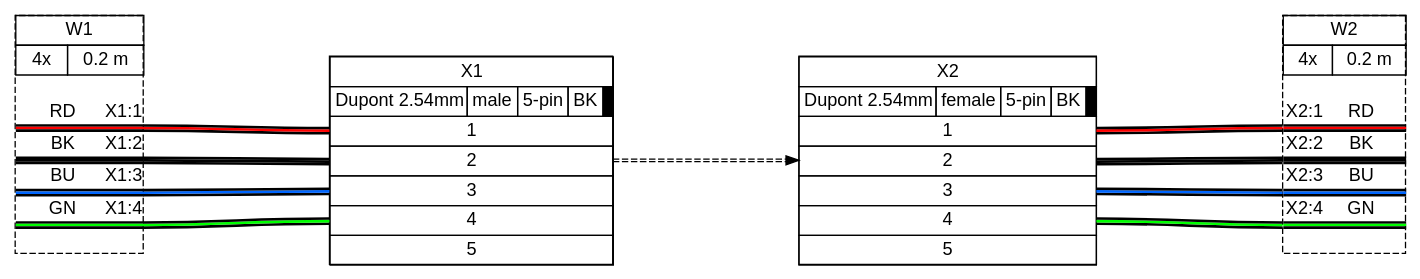
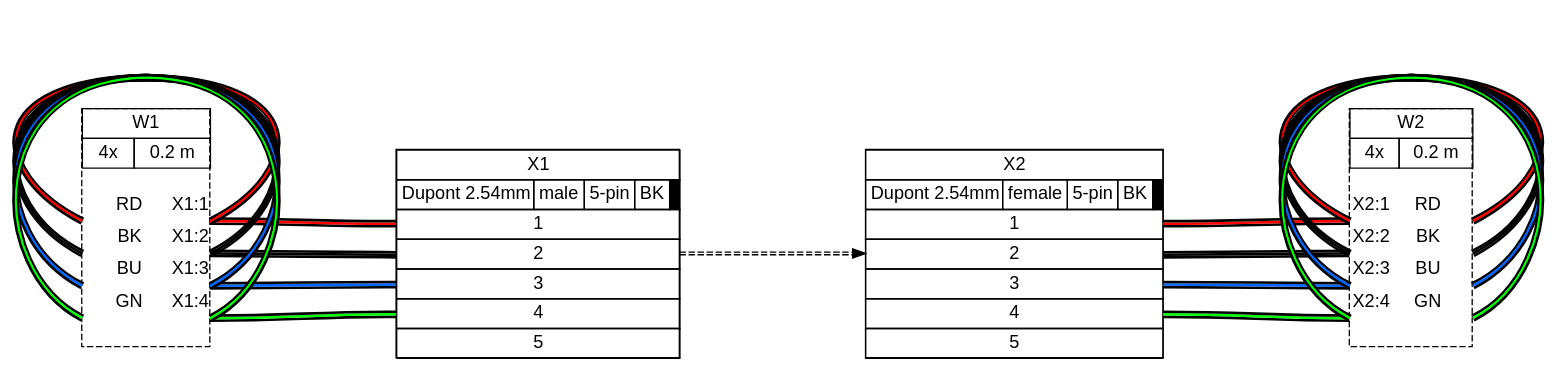
The diagram in examples/ex12.gv (wireviz/WireViz), drawn with Graphviz before and after one commit. The commit also changed 104 other files, not shown here.

```diff
--- a/examples/ex12.gv
+++ b/examples/ex12.gv
@@ -1,9 +1,10 @@
 graph {
-// Graph generated by WireViz 0.4
+// Graph generated by WireViz 0.5-dev
 // https://github.com/formatc1702/WireViz
 	graph [bgcolor="#FFFFFF" fontname=arial nodesep=0.33 rankdir=LR ranksep=2]
 	node [fillcolor="#FFFFFF" fontname=arial height=0 margin=0 shape=none style=filled width=0]
 	edge [fontname=arial style=bold]
+	edge [headclip=true style=bold tailclip=true]
 	X1 [label=<
 <table border="0" cellspacing="0" cellpadding="0">
  <tr><td>
@@ -41,6 +42,7 @@
  </td></tr>
 </table>
 > fillcolor="#FFFFFF" shape=box style=filled]
+	edge [headclip=true style=bold tailclip=true]
 	X2 [label=<
 <table border="0" cellspacing="0" cellpadding="0">
  <tr><td>
@@ -80,12 +82,16 @@
 > fillcolor="#FFFFFF" shape=box style=filled]
 	edge [color="#000000:#ff0000:#000000"]
 	W1:w1:e -- X1:p1l:w
+	W1:w1:w -- W1:w1:e [straight=straight]
 	edge [color="#000000:#000000:#000000"]
 	W1:w2:e -- X1:p2l:w
+	W1:w2:w -- W1:w2:e [straight=straight]
 	edge [color="#000000:#0066ff:#000000"]
 	W1:w3:e -- X1:p3l:w
+	W1:w3:w -- W1:w3:e [straight=straight]
 	edge [color="#000000:#00ff00:#000000"]
 	W1:w4:e -- X1:p4l:w
+	W1:w4:w -- W1:w4:e [straight=straight]
 	W1 [label=<
 <table border="0" cellspacing="0" cellpadding="0">
  <tr><td>
@@ -112,9 +118,7 @@
    <tr>
     <td colspan="3" border="0" cellspacing="0" cellpadding="0" port="w1" height="6">
      <table cellspacing="0" cellborder="0" border="0">
-      <tr><td colspan="3" cellpadding="0" height="2" bgcolor="#000000" border="0"></td></tr>
-      <tr><td colspan="3" cellpadding="0" height="2" bgcolor="#ff0000" border="0"></td></tr>
-      <tr><td colspan="3" cellpadding="0" height="2" bgcolor="#000000" border="0"></td></tr>
+    <tr><td colspan="3" cellpadding="0" height="6" border="0"></td></tr>
      </table>
     </td>
    </tr>
@@ -128,9 +132,7 @@
    <tr>
     <td colspan="3" border="0" cellspacing="0" cellpadding="0" port="w2" height="6">
      <table cellspacing="0" cellborder="0" border="0">
-      <tr><td colspan="3" cellpadding="0" height="2" bgcolor="#000000" border="0"></td></tr>
-      <tr><td colspan="3" cellpadding="0" height="2" bgcolor="#000000" border="0"></td></tr>
-      <tr><td colspan="3" cellpadding="0" height="2" bgcolor="#000000" border="0"></td></tr>
+    <tr><td colspan="3" cellpadding="0" height="6" border="0"></td></tr>
      </table>
     </td>
    </tr>
@@ -144,9 +146,7 @@
    <tr>
     <td colspan="3" border="0" cellspacing="0" cellpadding="0" port="w3" height="6">
      <table cellspacing="0" cellborder="0" border="0">
-      <tr><td colspan="3" cellpadding="0" height="2" bgcolor="#000000" border="0"></td></tr>
-      <tr><td colspan="3" cellpadding="0" height="2" bgcolor="#0066ff" border="0"></td></tr>
-      <tr><td colspan="3" cellpadding="0" height="2" bgcolor="#000000" border="0"></td></tr>
+    <tr><td colspan="3" cellpadding="0" height="6" border="0"></td></tr>
      </table>
     </td>
    </tr>
@@ -160,9 +160,7 @@
    <tr>
     <td colspan="3" border="0" cellspacing="0" cellpadding="0" port="w4" height="6">
      <table cellspacing="0" cellborder="0" border="0">
-      <tr><td colspan="3" cellpadding="0" height="2" bgcolor="#000000" border="0"></td></tr>
-      <tr><td colspan="3" cellpadding="0" height="2" bgcolor="#00ff00" border="0"></td></tr>
-      <tr><td colspan="3" cellpadding="0" height="2" bgcolor="#000000" border="0"></td></tr>
+    <tr><td colspan="3" cellpadding="0" height="6" border="0"></td></tr>
      </table>
     </td>
    </tr>
@@ -173,12 +171,16 @@
 > fillcolor="#FFFFFF" shape=box style="filled,dashed"]
 	edge [color="#000000:#ff0000:#000000"]
 	X2:p1r:e -- W2:w1:w
+	W2:w1:w -- W2:w1:e [straight=straight]
 	edge [color="#000000:#000000:#000000"]
 	X2:p2r:e -- W2:w2:w
+	W2:w2:w -- W2:w2:e [straight=straight]
 	edge [color="#000000:#0066ff:#000000"]
 	X2:p3r:e -- W2:w3:w
+	W2:w3:w -- W2:w3:e [straight=straight]
 	edge [color="#000000:#00ff00:#000000"]
 	X2:p4r:e -- W2:w4:w
+	W2:w4:w -- W2:w4:e [straight=straight]
 	W2 [label=<
 <table border="0" cellspacing="0" cellpadding="0">
  <tr><td>
@@ -205,9 +207,7 @@
    <tr>
     <td colspan="3" border="0" cellspacing="0" cellpadding="0" port="w1" height="6">
      <table cellspacing="0" cellborder="0" border="0">
-      <tr><td colspan="3" cellpadding="0" height="2" bgcolor="#000000" border="0"></td></tr>
-      <tr><td colspan="3" cellpadding="0" height="2" bgcolor="#ff0000" border="0"></td></tr>
-      <tr><td colspan="3" cellpadding="0" height="2" bgcolor="#000000" border="0"></td></tr>
+    <tr><td colspan="3" cellpadding="0" height="6" border="0"></td></tr>
      </table>
     </td>
    </tr>
@@ -221,9 +221,7 @@
    <tr>
     <td colspan="3" border="0" cellspacing="0" cellpadding="0" port="w2" height="6">
      <table cellspacing="0" cellborder="0" border="0">
-      <tr><td colspan="3" cellpadding="0" height="2" bgcolor="#000000" border="0"></td></tr>
-      <tr><td colspan="3" cellpadding="0" height="2" bgcolor="#000000" border="0"></td></tr>
-      <tr><td colspan="3" cellpadding="0" height="2" bgcolor="#000000" border="0"></td></tr>
+    <tr><td colspan="3" cellpadding="0" height="6" border="0"></td></tr>
      </table>
     </td>
    </tr>
@@ -237,9 +235,7 @@
    <tr>
     <td colspan="3" border="0" cellspacing="0" cellpadding="0" port="w3" height="6">
      <table cellspacing="0" cellborder="0" border="0">
-      <tr><td colspan="3" cellpadding="0" height="2" bgcolor="#000000" border="0"></td></tr>
-      <tr><td colspan="3" cellpadding="0" height="2" bgcolor="#0066ff" border="0"></td></tr>
-      <tr><td colspan="3" cellpadding="0" height="2" bgcolor="#000000" border="0"></td></tr>
+    <tr><td colspan="3" cellpadding="0" height="6" border="0"></td></tr>
      </table>
     </td>
    </tr>
@@ -253,9 +249,7 @@
    <tr>
     <td colspan="3" border="0" cellspacing="0" cellpadding="0" port="w4" height="6">
      <table cellspacing="0" cellborder="0" border="0">
-      <tr><td colspan="3" cellpadding="0" height="2" bgcolor="#000000" border="0"></td></tr>
-      <tr><td colspan="3" cellpadding="0" height="2" bgcolor="#00ff00" border="0"></td></tr>
-      <tr><td colspan="3" cellpadding="0" height="2" bgcolor="#000000" border="0"></td></tr>
+    <tr><td colspan="3" cellpadding="0" height="6" border="0"></td></tr>
      </table>
     </td>
    </tr>
```
